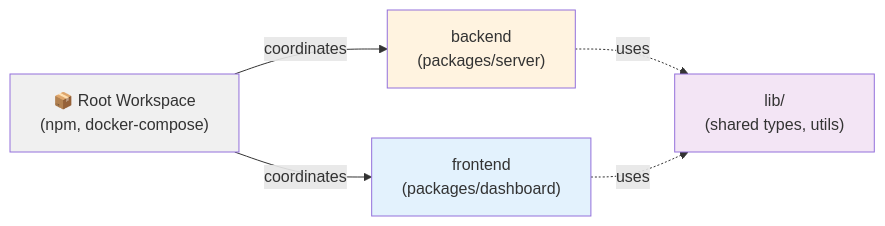
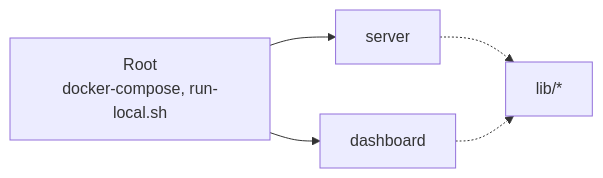
The third of 5 diagrams in README.md (da-imran/letterforge-app), drawn with Mermaid before and after one commit. The commit also changed other lines of this file, not shown here.

````diff
--- a/README.md
+++ b/README.md
@@ -145,17 +127,7 @@
 ```mermaid
 graph LR
-    Root["📦 Root Workspace<br/>(npm, docker-compose)"]
-    Server["backend<br/>(packages/server)"]
-    Dashboard["frontend<br/>(packages/dashboard)"]
-    SharedLib["lib/<br/>(shared types, utils)"]
-
-    Root -->|coordinates| Server
-    Root -->|coordinates| Dashboard
-    Server -.->|uses| SharedLib
-    Dashboard -.->|uses| SharedLib
-
-    style Root fill:#f0f0f0
-    style Server fill:#fff3e0
-    style Dashboard fill:#e3f2fd
-    style SharedLib fill:#f3e5f5
+    Root["Root<br/>docker-compose, run-local.sh"] --> Server["server"]
+    Root --> Dashboard["dashboard"]
+    Server -.-> Lib["lib/*"]
+    Dashboard -.-> Lib
 ```
````
